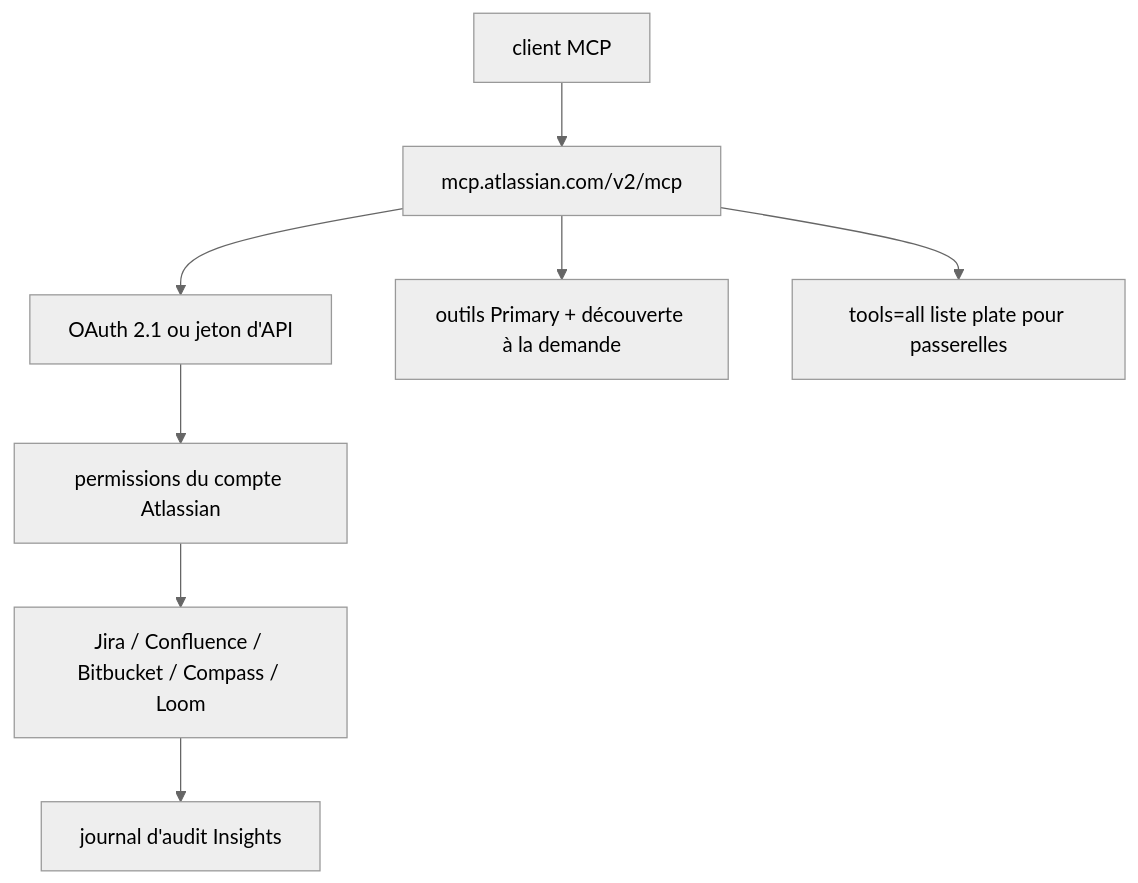
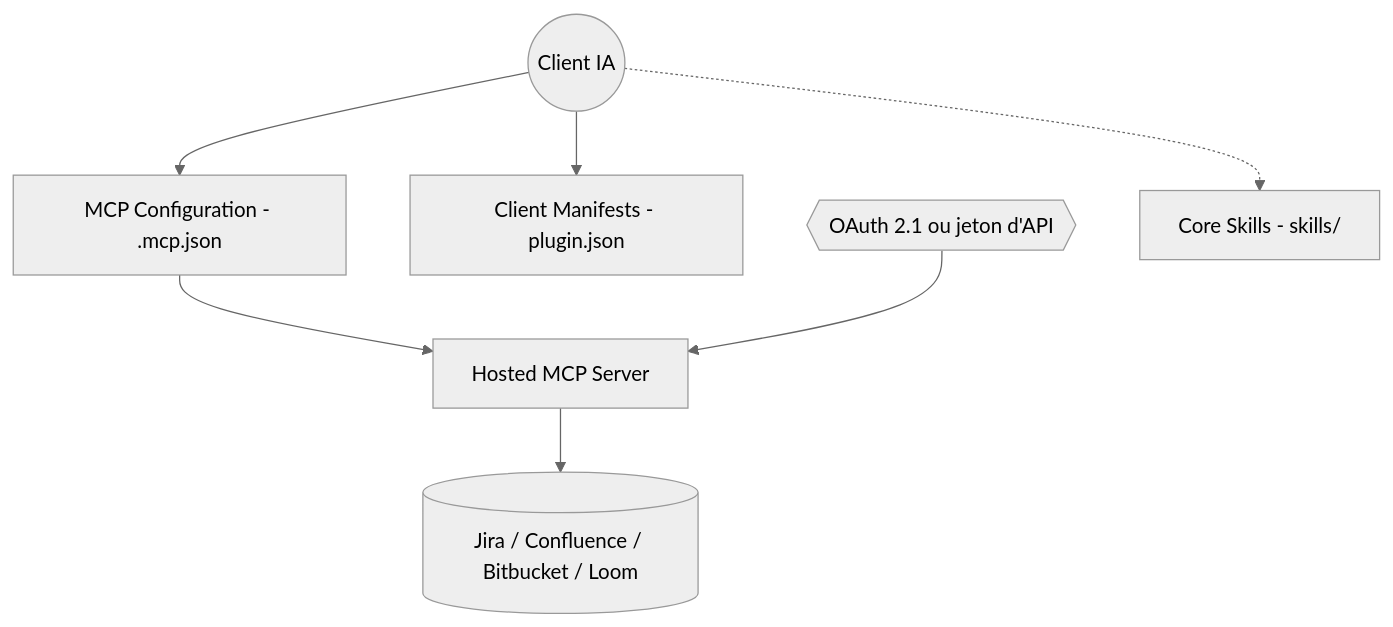
One commit to floSa/Veille-Repo changed the diagram in veille/.data/fiches/atlassian__atlassian-mcp-server.md. Above: the diagram before and after it, drawn with Mermaid (neutral theme). The commit also changed other lines of this file and 446 other files, not shown here.

Commit message:
Mise à jour du catalogue : 12 479 dépôts, 7 743 synthèses, 7 627 diagrammes

````diff
--- a/veille/.data/fiches/atlassian__atlassian-mcp-server.md
+++ b/veille/.data/fiches/atlassian__atlassian-mcp-server.md
@@ -31,10 +27,9 @@
 ```mermaid
-graph TD
-  A[client MCP] --> B[mcp.atlassian.com/v2/mcp]
-  B --> C[OAuth 2.1 ou jeton d'API]
-  C --> D[permissions du compte Atlassian]
-  D --> E[Jira / Confluence / Bitbucket / Compass / Loom]
-  B --> F[outils Primary + découverte à la demande]
-  B --> G[tools=all liste plate pour passerelles]
-  E --> H[journal d'audit Insights]
+flowchart TD
+    Client(("Client IA")) --> Cfg["MCP Configuration - .mcp.json"]
+    Client --> Manifest["Client Manifests - plugin.json"]
+    Cfg --> Remote["Hosted MCP Server"]
+    Auth{{"OAuth 2.1 ou jeton d'API"}} --> Remote
+    Client -.-> Skills["Core Skills - skills/"]
+    Remote --> Data[("Jira / Confluence / Bitbucket / Loom")]
 ```
````
